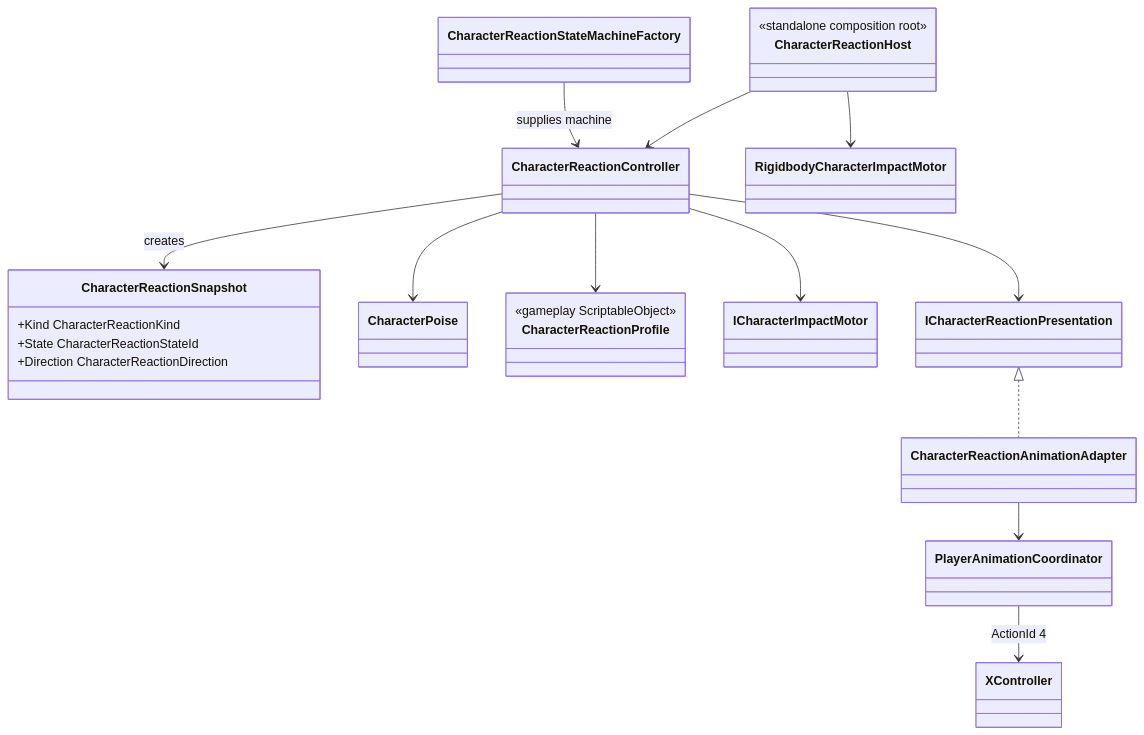
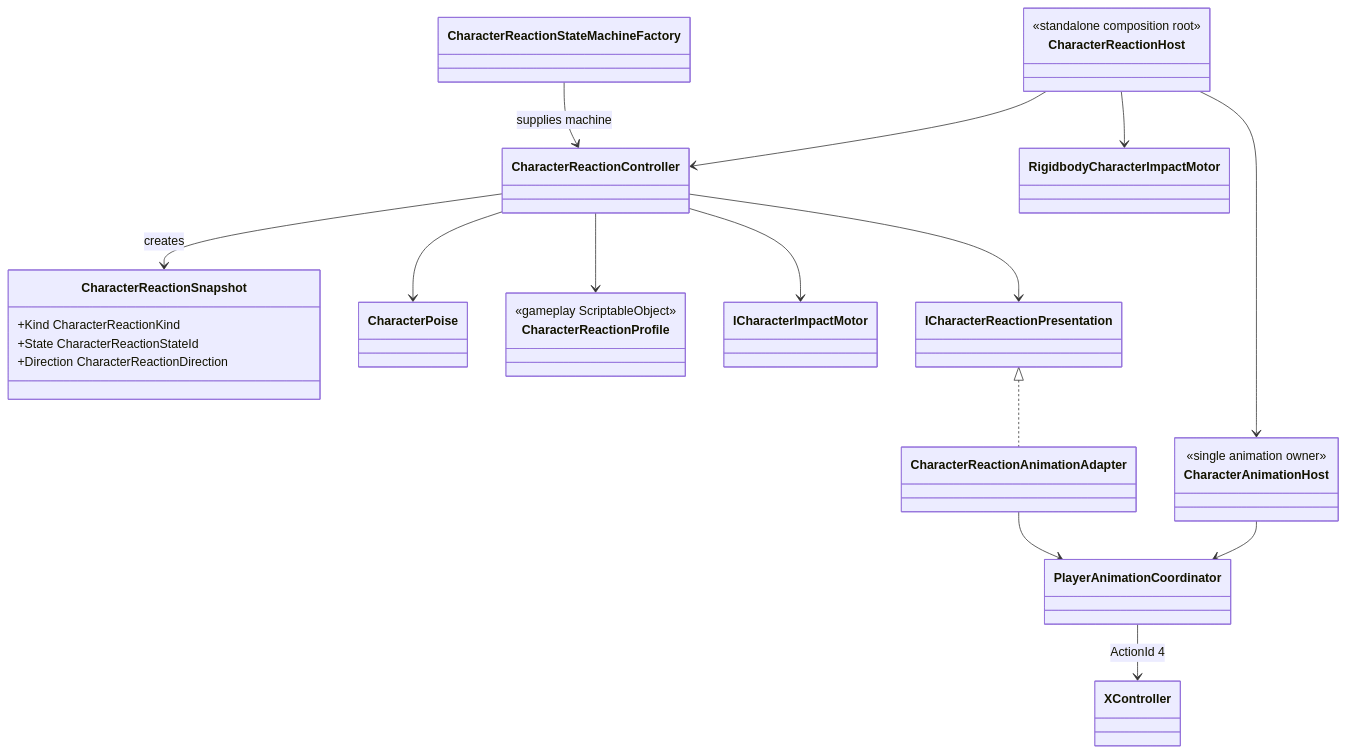
One commit to MaximFonariuc/project-s changed the diagram in Assets/_App/Core/Runtime/Combat/Reactions/README.md. Above: the diagram before and after it, drawn with Mermaid. The commit also changed other lines of this file and 9 other files, not shown here.

````diff
--- a/Assets/_App/Core/Runtime/Combat/Reactions/README.md
+++ b/Assets/_App/Core/Runtime/Combat/Reactions/README.md
@@ -5,35 +5,40 @@
 ```mermaid
 classDiagram
     class CharacterReactionController
     class CharacterReactionSnapshot {
         +Kind CharacterReactionKind
         +State CharacterReactionStateId
         +Direction CharacterReactionDirection
     }
     class CharacterPoise
     class CharacterReactionStateMachineFactory
     class CharacterReactionProfile {
         <<gameplay ScriptableObject>>
     }
     class ICharacterImpactMotor
     class ICharacterReactionPresentation
     class CharacterReactionAnimationAdapter
     class PlayerAnimationCoordinator
     class CharacterReactionHost {
         <<standalone composition root>>
     }
+    class CharacterAnimationHost {
+        <<single animation owner>>
+    }
     class RigidbodyCharacterImpactMotor
     class XController
 
     CharacterReactionStateMachineFactory --> CharacterReactionController : supplies machine
     CharacterReactionController --> CharacterReactionSnapshot : creates
     CharacterReactionController --> CharacterPoise
     CharacterReactionController --> CharacterReactionProfile
     CharacterReactionController --> ICharacterImpactMotor
     CharacterReactionController --> ICharacterReactionPresentation
     ICharacterReactionPresentation <|.. CharacterReactionAnimationAdapter
     CharacterReactionAnimationAdapter --> PlayerAnimationCoordinator
     PlayerAnimationCoordinator --> XController : ActionId 4
     CharacterReactionHost --> CharacterReactionController
+    CharacterReactionHost --> CharacterAnimationHost
+    CharacterAnimationHost --> PlayerAnimationCoordinator
     CharacterReactionHost --> RigidbodyCharacterImpactMotor
 ```
````
